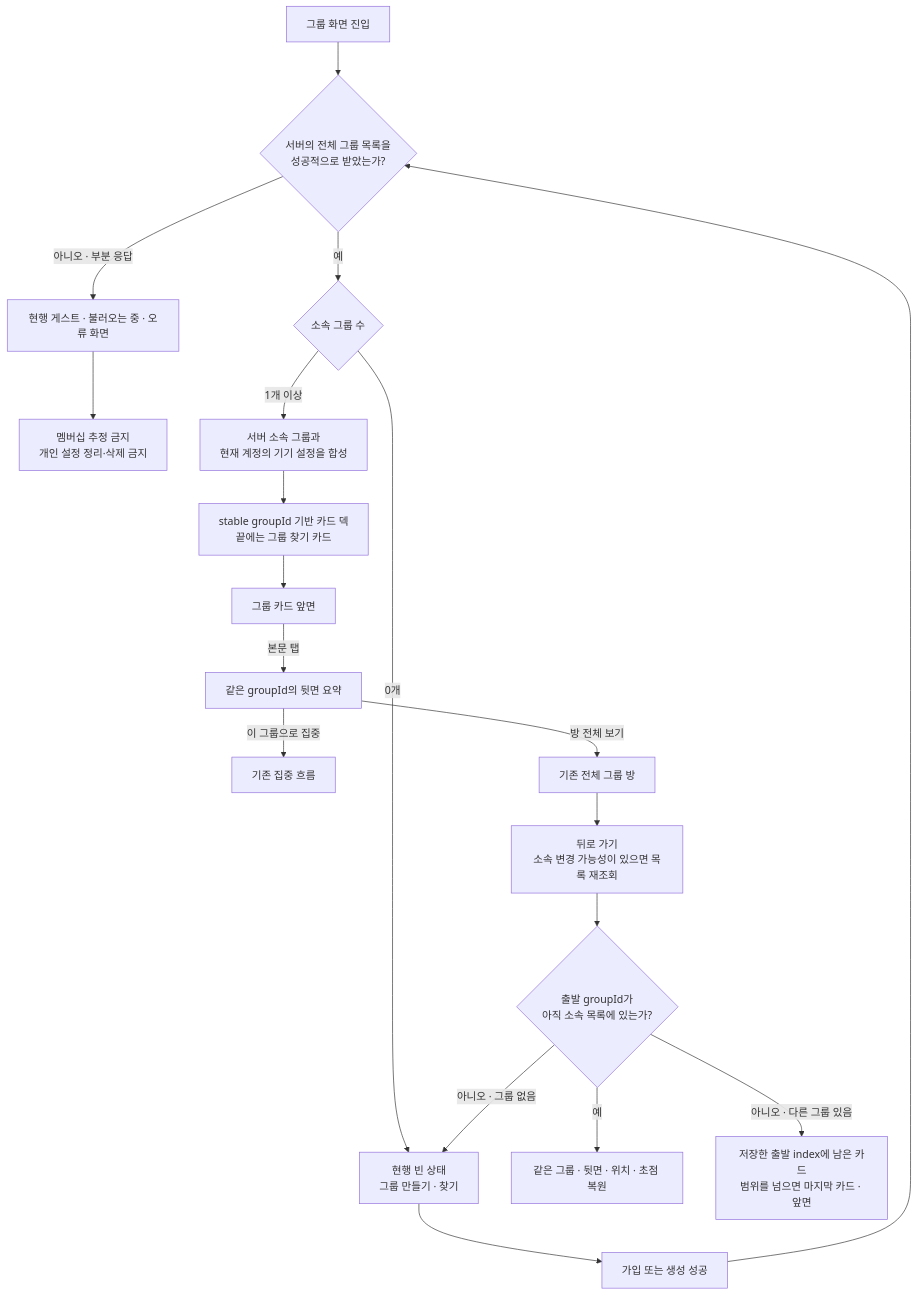
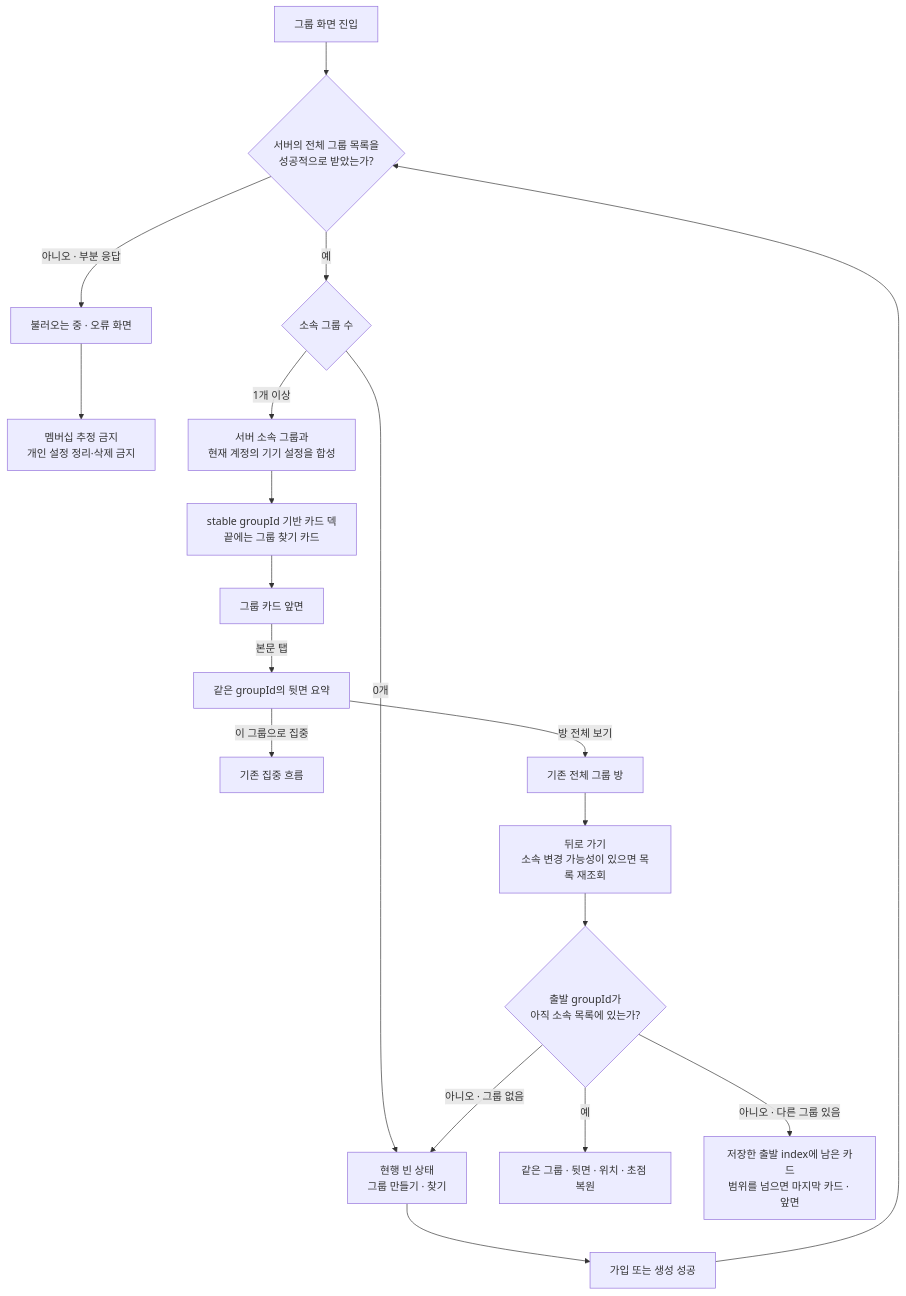
Before and after one commit to OneOrThree/phone: the first of 8 diagrams in docs/prd/group/features/02-my-groups/low-level-design.md, drawn with Mermaid. The commit also changed 15 other files, not shown here.

````diff
--- a/docs/prd/group/features/02-my-groups/low-level-design.md
+++ b/docs/prd/group/features/02-my-groups/low-level-design.md
@@ -17,25 +17,25 @@
 ```mermaid
 flowchart TB
     Enter["그룹 화면 진입"] --> Full{"서버의 전체 그룹 목록을<br/>성공적으로 받았는가?"}
-    Full -->|아니오 · 부분 응답| Existing["현행 게스트 · 불러오는 중 · 오류 화면"]
+    Full -->|아니오 · 부분 응답| Existing["불러오는 중 · 오류 화면"]
     Existing --> Safe["멤버십 추정 금지<br/>개인 설정 정리·삭제 금지"]
 
     Full -->|예| Count{"소속 그룹 수"}
     Count -->|0개| Empty["현행 빈 상태<br/>그룹 만들기 · 찾기"]
     Count -->|1개 이상| Compose["서버 소속 그룹과<br/>현재 계정의 기기 설정을 합성"]
     Compose --> Deck["stable groupId 기반 카드 덱<br/>끝에는 그룹 찾기 카드"]
 
     Empty --> Acquire["가입 또는 생성 성공"]
     Acquire --> Full
 
     Deck --> Front["그룹 카드 앞면"]
     Front -->|본문 탭| Back["같은 groupId의 뒷면 요약"]
     Back -->|이 그룹으로 집중| Focus["기존 집중 흐름"]
     Back -->|방 전체 보기| Room["기존 전체 그룹 방"]
 
     Room --> Return["뒤로 가기<br/>소속 변경 가능성이 있으면 목록 재조회"]
     Return --> Exists{"출발 groupId가<br/>아직 소속 목록에 있는가?"}
     Exists -->|예| Restore["같은 그룹 · 뒷면 · 위치 · 초점 복원"]
     Exists -->|아니오 · 다른 그룹 있음| Fallback["저장한 출발 index에 남은 카드<br/>범위를 넘으면 마지막 카드 · 앞면"]
     Exists -->|아니오 · 그룹 없음| Empty
 ```
````
